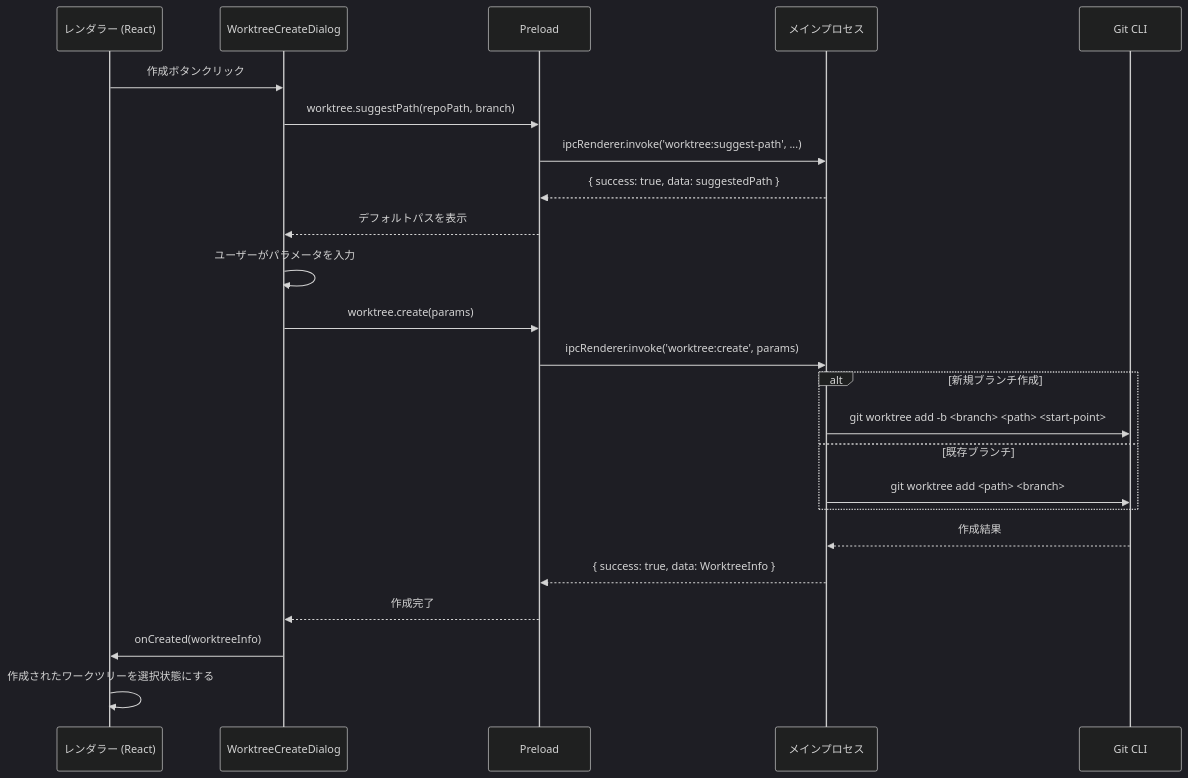
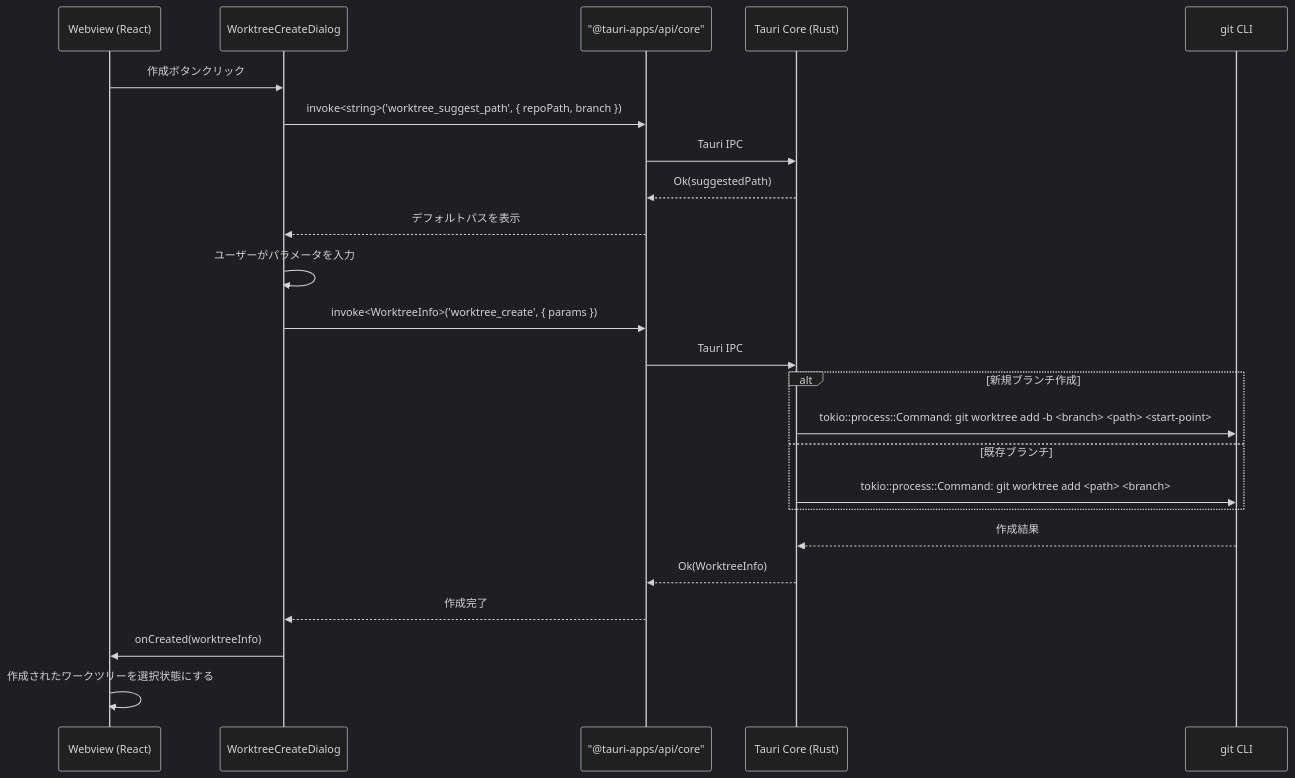
The second of 4 diagrams in .sdd/specification/worktree-management_spec.md (ToshikiImagawa/Buruma), drawn with Mermaid (dark theme) before and after one commit. The commit also changed other lines of this file and 7 other files, not shown here.

````diff
--- a/.sdd/specification/worktree-management_spec.md
+++ b/.sdd/specification/worktree-management_spec.md
@@ -262,30 +269,30 @@
 ```mermaid
 sequenceDiagram
-    participant Renderer as レンダラー (React)
+    participant Webview as Webview (React)
     participant Dialog as WorktreeCreateDialog
-    participant Preload as Preload
-    participant Main as メインプロセス
-    participant Git as Git CLI
+    participant Invoke as "@tauri-apps/api/core"
+    participant Core as Tauri Core (Rust)
+    participant Git as git CLI
 
-    Renderer ->> Dialog: 作成ボタンクリック
-    Dialog ->> Preload: worktree.suggestPath(repoPath, branch)
-    Preload ->> Main: ipcRenderer.invoke('worktree:suggest-path', ...)
-    Main -->> Preload: { success: true, data: suggestedPath }
-    Preload -->> Dialog: デフォルトパスを表示
+    Webview ->> Dialog: 作成ボタンクリック
+    Dialog ->> Invoke: invoke<string>('worktree_suggest_path', { repoPath, branch })
+    Invoke ->> Core: Tauri IPC
+    Core -->> Invoke: Ok(suggestedPath)
+    Invoke -->> Dialog: デフォルトパスを表示
 
     Dialog ->> Dialog: ユーザーがパラメータを入力
-    Dialog ->> Preload: worktree.create(params)
-    Preload ->> Main: ipcRenderer.invoke('worktree:create', params)
+    Dialog ->> Invoke: invoke<WorktreeInfo>('worktree_create', { params })
+    Invoke ->> Core: Tauri IPC
 
     alt 新規ブランチ作成
-        Main ->> Git: git worktree add -b <branch> <path> <start-point>
+        Core ->> Git: tokio::process::Command: git worktree add -b <branch> <path> <start-point>
     else 既存ブランチ
-        Main ->> Git: git worktree add <path> <branch>
+        Core ->> Git: tokio::process::Command: git worktree add <path> <branch>
     end
 
-    Git -->> Main: 作成結果
-    Main -->> Preload: { success: true, data: WorktreeInfo }
-    Preload -->> Dialog: 作成完了
-    Dialog ->> Renderer: onCreated(worktreeInfo)
-    Renderer ->> Renderer: 作成されたワークツリーを選択状態にする
+    Git -->> Core: 作成結果
+    Core -->> Invoke: Ok(WorktreeInfo)
+    Invoke -->> Dialog: 作成完了
+    Dialog ->> Webview: onCreated(worktreeInfo)
+    Webview ->> Webview: 作成されたワークツリーを選択状態にする
 ```
````
